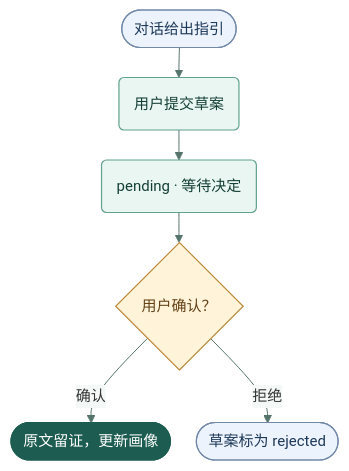
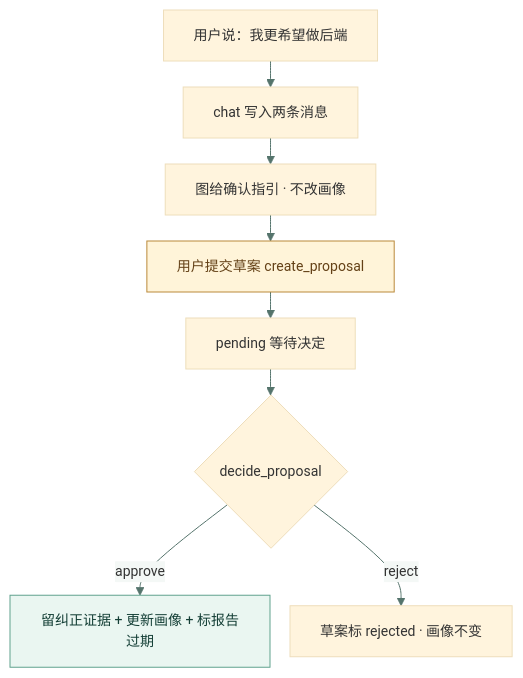
One commit to wenmo-yu/careerlens changed the diagram in tutorials/01-agent-design/01-B3-长期画像与确认.md. Above: the diagram before and after it, drawn with Mermaid. The commit also changed other lines of this file and 10 other files, not shown here.

````diff
--- a/tutorials/01-agent-design/01-B3-长期画像与确认.md
+++ b/tutorials/01-agent-design/01-B3-长期画像与确认.md
@@ -21,20 +16,15 @@
 ```mermaid
-%%{init: {"theme":"base","themeVariables":{"fontFamily":"system-ui, sans-serif","fontSize":"15px","lineColor":"#55746c","edgeLabelBackground":"#f4f8f6"},"flowchart":{"nodeSpacing":26,"rankSpacing":30,"curve":"basis"}}}%%
+%%{init: {"theme":"base","themeVariables":{"fontFamily":"system-ui, sans-serif","fontSize":"14px","lineColor":"#55746c","edgeLabelBackground":"#f4f8f6"},"flowchart":{"nodeSpacing":20,"rankSpacing":26,"curve":"basis"}}}%%
 flowchart TB
-    accTitle: 聊天指引之后，画像草案单独等待决定
-    accDescr: 对话写入消息并给出提示。用户提交草案后可确认或拒绝，确认才写带证据的长期画像。
-    chat(["对话给出指引"]) --> proposal("用户提交草案")
-    proposal --> pending("pending · 等待决定")
-    pending --> choice{"用户确认？"}
-    choice -->|确认| applied(["原文留证，更新画像"])
-    choice -->|拒绝| rejected(["草案标为 rejected"])
-    class chat input
-    class proposal,pending action
-    class choice decision
-    class applied output
-    class rejected input
-    classDef input fill:#edf3fc,stroke:#7188a8,color:#1c3858,stroke-width:1.2px
-    classDef action fill:#eaf6f1,stroke:#60a28d,color:#143f36,stroke-width:1.2px
-    classDef decision fill:#fff4d9,stroke:#ba893b,color:#644117,stroke-width:1.2px
-    classDef output fill:#1d5c50,stroke:#1d5c50,color:#ffffff,stroke-width:1.2px
+    accTitle: 一句话到长期画像之间有两道门
+    accDescr: 聊天写入消息并给出确认指引；用户另行提交草案，确认或拒绝；只有确认才留证并更新画像。
+    A["用户说：我更希望做后端"] --> B["chat 写入两条消息"]
+    B --> C["图给确认指引 · 不改画像"]
+    C --> D["用户提交草案 create_proposal"]
+    D --> E["pending 等待决定"]
+    E --> F{"decide_proposal"}
+    F -->|approve| G["留纠正证据 + 更新画像 + 标报告过期"]
+    F -->|reject| H["草案标 rejected · 画像不变"]
+    style D fill:#fff4d9,stroke:#ba893b,color:#644117
+    style G fill:#eaf6f1,stroke:#60a28d,color:#143f36
 ```
````
